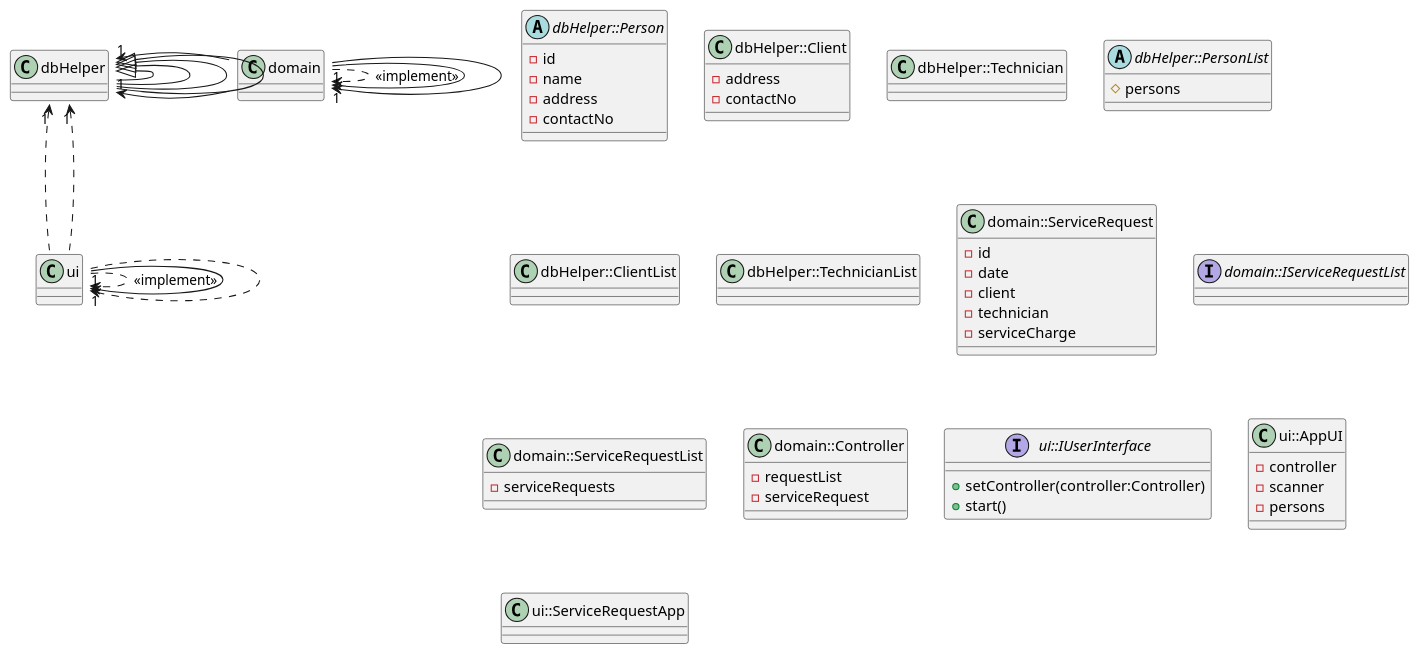
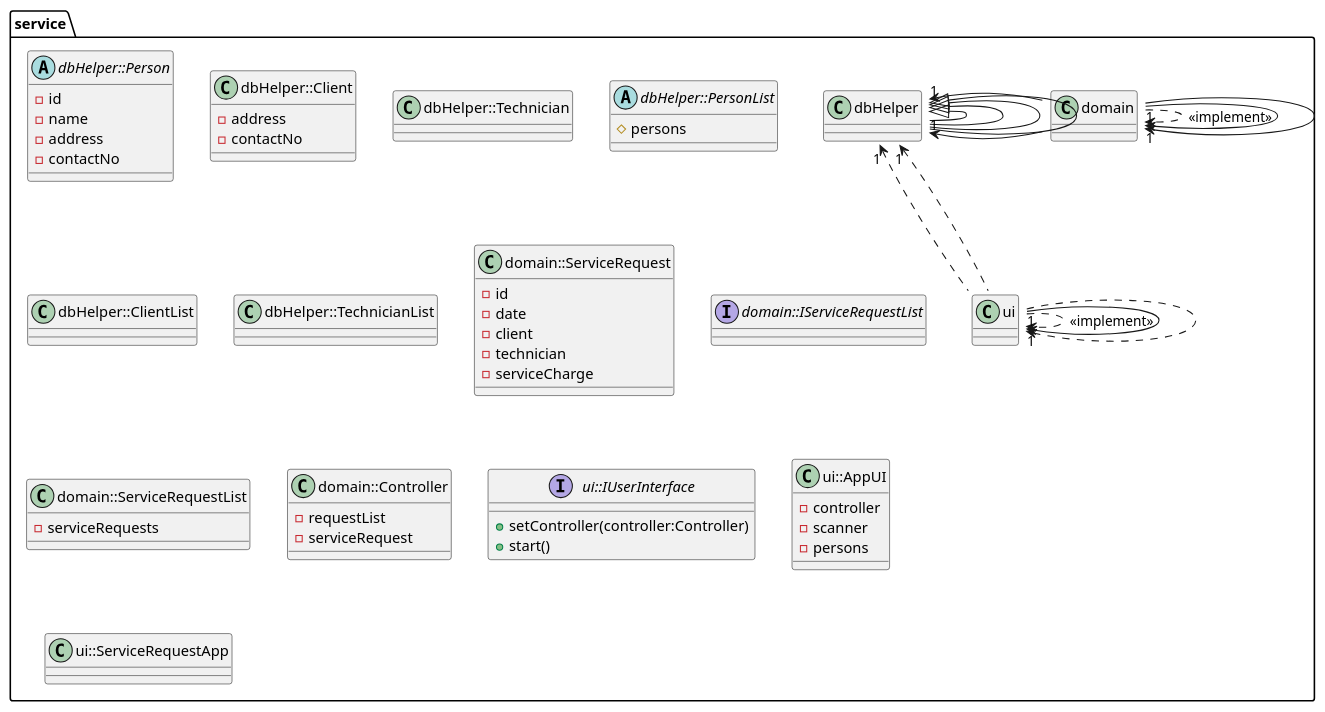
The diagram in UML/ClassDiagram/AnalysisClassDiagram.puml (WLun001/service-request-app), drawn with PlantUML before and after one commit.

Commit message:
Added serivce package to class diagram

```diff
--- a/UML/ClassDiagram/AnalysisClassDiagram.puml
+++ b/UML/ClassDiagram/AnalysisClassDiagram.puml
@@ -1,81 +1,81 @@
 @startuml
-dbHelper::Person <|-- dbHelper::Client
-dbHelper::Person <|-- dbHelper::Technician
+service.dbHelper::Person <|-- service.dbHelper::Client
+service.dbHelper::Person <|-- service.dbHelper::Technician
 
-dbHelper::PersonList <|-- dbHelper::ClientList
-dbHelper::PersonList <|-- dbHelper::TechnicianList
+service.dbHelper::PersonList <|-- service.dbHelper::ClientList
+service.dbHelper::PersonList <|-- service.dbHelper::TechnicianList
 
-domain::ServiceRequest --> "1" dbHelper::Technician
-domain::ServiceRequest -left-> "1" dbHelper::Client
+service.domain::ServiceRequest --> "1" service.dbHelper::Technician
+service.domain::ServiceRequest -left-> "1" service.dbHelper::Client
 
-domain::ServiceRequestList ..> domain::IServiceRequestList : <<implement>>
+service.domain::ServiceRequestList ..> service.domain::IServiceRequestList : <<implement>>
 
-domain::Controller --> "1" domain::ServiceRequest
-domain::Controller --> "1" domain::IServiceRequestList
+service.domain::Controller --> "1" service.domain::ServiceRequest
+service.domain::Controller --> "1" service.domain::IServiceRequestList
 
-ui::AppUI .right.> ui::IUserInterface : <<implement>>
-ui::ServiceRequestApp --> "1" ui::IUserInterface
-ui::ServiceRequestApp .up.> "1" dbHelper::TechnicianList
-ui::ServiceRequestApp .up.> "1" dbHelper::ClientList
-ui::ServiceRequestApp ..> "1" ui::AppUI
+service.ui::AppUI .right.> service.ui::IUserInterface : <<implement>>
+service.ui::ServiceRequestApp --> "1" service.ui::IUserInterface
+service.ui::ServiceRequestApp .up.> "1" service.dbHelper::TechnicianList
+service.ui::ServiceRequestApp .up.> "1" service.dbHelper::ClientList
+service.ui::ServiceRequestApp ..> "1" service.ui::AppUI
 
-abstract class dbHelper::Person{
+abstract class service.dbHelper::Person{
  -id
  -name
  -address
  -contactNo
 }
 
-class dbHelper::Client{
+class service.dbHelper::Client{
  -address
  -contactNo
 }
 
-class dbHelper::Technician{
+class service.dbHelper::Technician{
 }
 
-abstract class dbHelper::PersonList{
+abstract class service.dbHelper::PersonList{
  #persons
 }
 
-class dbHelper::ClientList{
+class service.dbHelper::ClientList{
 }
 
-class dbHelper::TechnicianList{
+class service.dbHelper::TechnicianList{
 }
 
-class domain::ServiceRequest{
+class service.domain::ServiceRequest{
  -id
  -date
  -client
  -technician
  -serviceCharge
 }
 
-interface domain::IServiceRequestList{
+interface service.domain::IServiceRequestList{
 }
 
 
-class domain::ServiceRequestList{
+class service.domain::ServiceRequestList{
  -serviceRequests
 }
 
-class domain::Controller{
+class service.domain::Controller{
  -requestList
  -serviceRequest
 }
 
-interface ui::IUserInterface{
+interface service.ui::IUserInterface{
  +setController(controller:Controller)
  +start()
 }
 
-class ui::AppUI{
+class service.ui::AppUI{
  -controller
  -scanner
  -persons
 }
 
-class ui::ServiceRequestApp{
+class service.ui::ServiceRequestApp{
 }
 @enduml
```
